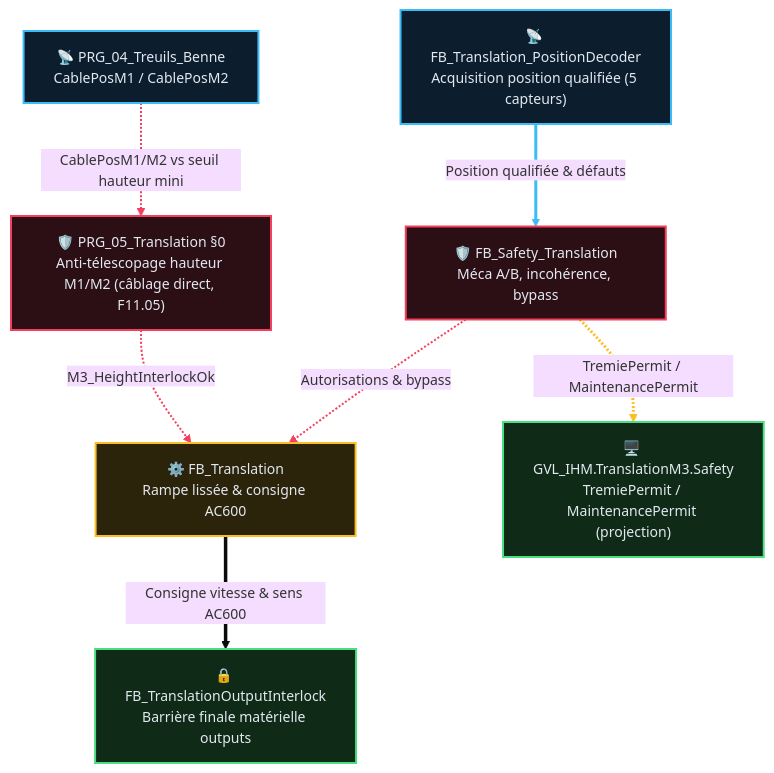
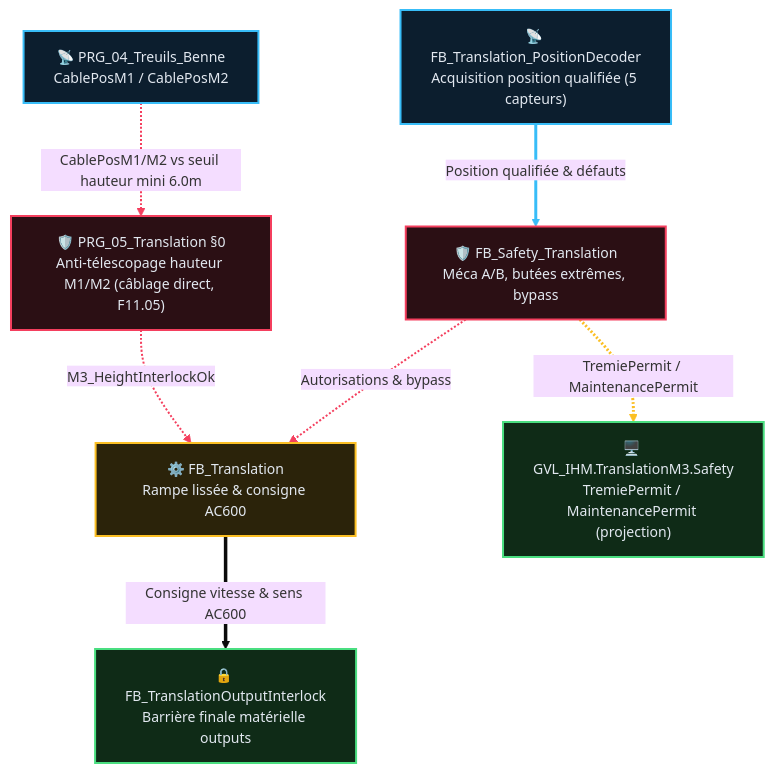
The diagram in DOC/AF/AF_Partie-11_Fonction_Translation_v2.4.md (MatGros/2026_Projet_YGO_ExcavatriceDragage), drawn with Mermaid before and after one commit. The commit also changed other lines of this file and 6 other files, not shown here.

````diff
--- a/DOC/AF/AF_Partie-11_Fonction_Translation_v2.4.md
+++ b/DOC/AF/AF_Partie-11_Fonction_Translation_v2.4.md
@@ -223,38 +275,38 @@
 ```mermaid
 %%{init: {'theme':'base', 'themeVariables': {'fontSize':'14px'}}}%%
 flowchart TD
     Pos["📡 FB_Translation_PositionDecoder<br/>Acquisition position qualifiée (5 capteurs)"]
     Height["🛡️ PRG_05_Translation §0<br/>Anti-télescopage hauteur M1/M2 (câblage direct, F11.05)"]
-    Safe["🛡️ FB_Safety_Translation<br/>Méca A/B, incohérence, bypass"]
+    Safe["🛡️ FB_Safety_Translation<br/>Méca A/B, butées extrêmes, bypass"]
     Move["⚙️ FB_Translation<br/>Rampe lissée & consigne AC600"]
     Out["🔒 FB_TranslationOutputInterlock<br/>Barrière finale matérielle outputs"]
     IHM["🖥️ GVL_IHM.TranslationM3.Safety<br/>TremiePermit / MaintenancePermit (projection)"]
 
     Treuils["📡 PRG_04_Treuils_Benne<br/>CablePosM1 / CablePosM2"]
 
     Pos ==>|"Position qualifiée & défauts"| Safe
-    Treuils -.->|"CablePosM1/M2 vs seuil hauteur mini"| Height
+    Treuils -.->|"CablePosM1/M2 vs seuil hauteur mini 6.0m"| Height
     Height -.->|"M3_HeightInterlockOk"| Move
     Safe -.->|"Autorisations & bypass"| Move
     Safe -.->|"TremiePermit / MaintenancePermit"| IHM
     Move ==>|"Consigne vitesse & sens AC600"| Out
 
     classDef acq fill:#0c1e2e,stroke:#38bdf8,stroke-width:2px,color:#e2e8f0
     classDef safe fill:#2b0f14,stroke:#f43f5e,stroke-width:2px,color:#e2e8f0
     classDef cmd fill:#2b230a,stroke:#fbbf24,stroke-width:2px,color:#e2e8f0
     classDef outp fill:#0f2b17,stroke:#4ade80,stroke-width:2px,color:#e2e8f0
 
     class Pos acq
     class Treuils acq
     class Height safe
     class Safe safe
     class Move cmd
     class Out outp
     class IHM outp
 
     linkStyle 0 stroke:#38bdf8,stroke-width:3px
     linkStyle 1 stroke:#f43f5e,stroke-width:2px
     linkStyle 2 stroke:#f43f5e,stroke-width:2px
     linkStyle 3 stroke:#f43f5e,stroke-width:2px
     linkStyle 4 stroke:#fbbf24,stroke-width:3px
 ```
````
